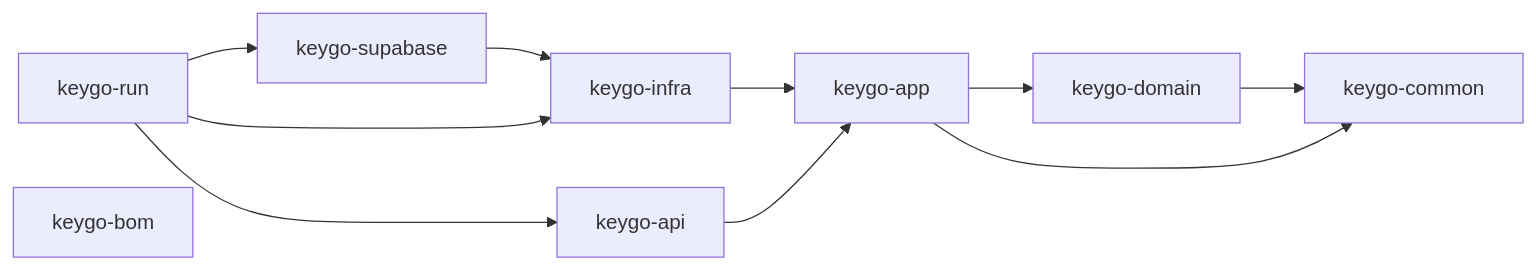
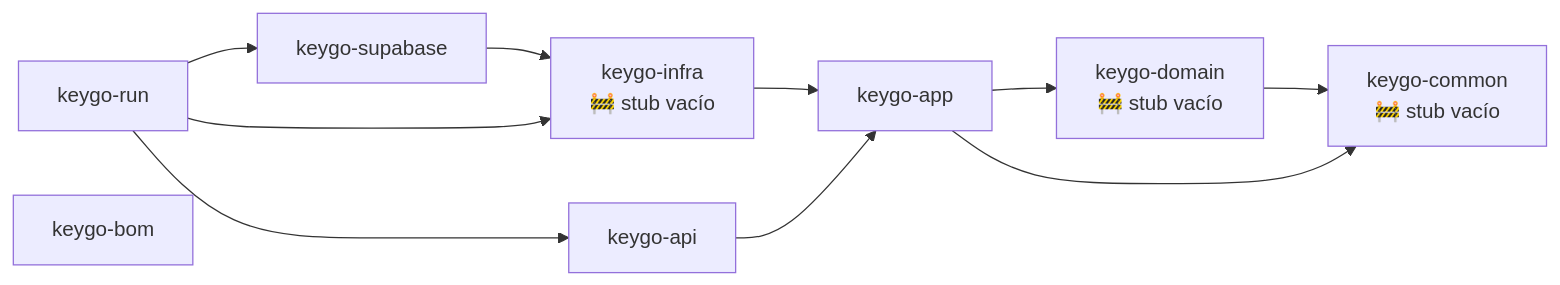
The first of 3 diagrams in ARCHITECTURE.md (cmartinezs/keygo-server), drawn with Mermaid before and after one commit. The commit also changed other lines of this file and 17 other files, not shown here.

````diff
--- a/ARCHITECTURE.md
+++ b/ARCHITECTURE.md
@@ -21,21 +21,21 @@
 ```mermaid
 flowchart LR
-  common[keygo-common]
-  domain[keygo-domain]
+  common["keygo-common\n🚧 stub vacío"]
+  domain["keygo-domain\n🚧 stub vacío"]
   app[keygo-app]
-  infra[keygo-infra]
+  infra["keygo-infra\n🚧 stub vacío"]
   api[keygo-api]
   supabase[keygo-supabase]
   run[keygo-run]
   bom[keygo-bom]
 
   domain --> common
   app --> domain
   app --> common
   infra --> app
   api --> app
   supabase --> infra
   run --> api
   run --> infra
   run --> supabase
 ```
````
